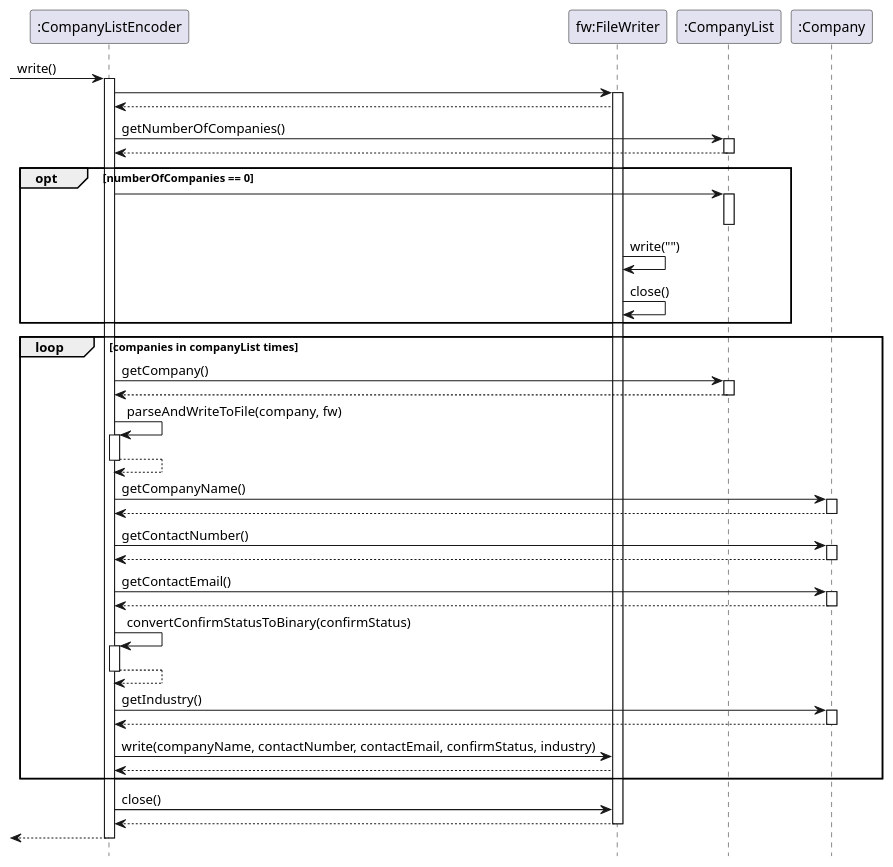
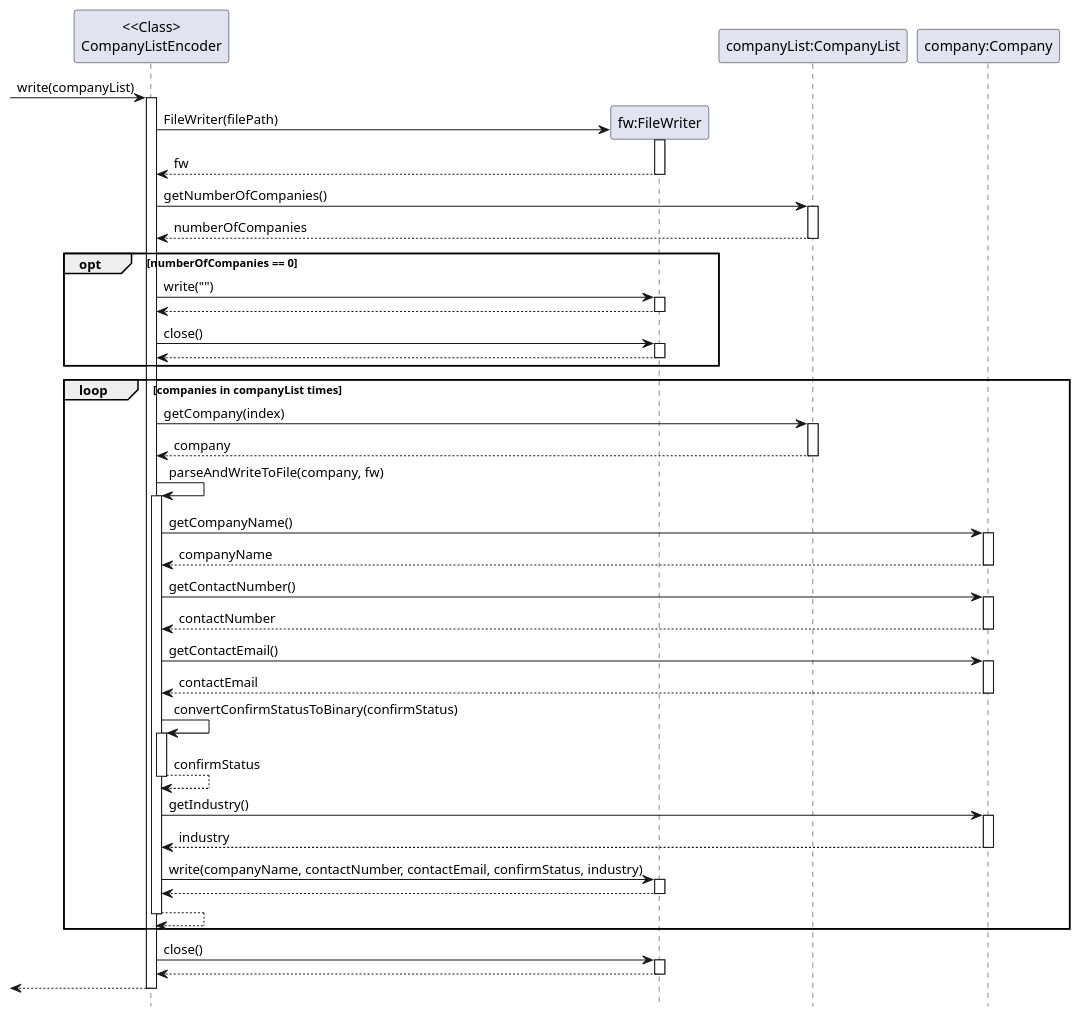
The diagram in docs/UML/Encoder.puml (nus-cs2113-AY2223S2/tp), drawn with PlantUML before and after one commit.

Commit message:
Update Sequence diagram for Encoder

```diff
--- a/docs/UML/Encoder.puml
+++ b/docs/UML/Encoder.puml
@@ -1,69 +1,76 @@
 @startuml
-'https://plantuml.com/sequence-diagram
-
 
 hide footbox
- -> ":CompanyListEncoder": write()
-    activate ":CompanyListEncoder"
-        ":CompanyListEncoder" -> "fw:FileWriter":
+ -> "<<Class>\nCompanyListEncoder": write(companyList)
+    activate "<<Class>\nCompanyListEncoder"
+        "<<Class>\nCompanyListEncoder" -> "fw:FileWriter" ** : FileWriter(filePath)
         activate "fw:FileWriter"
-            "fw:FileWriter" --> ":CompanyListEncoder"
+            "fw:FileWriter" --> "<<Class>\nCompanyListEncoder" : fw
+            deactivate "fw:FileWriter"
 
-            ":CompanyListEncoder" -> ":CompanyList": getNumberOfCompanies()
-            activate ":CompanyList"
-            ":CompanyList" --> ":CompanyListEncoder"
-            deactivate ":CompanyList"
+            "<<Class>\nCompanyListEncoder" -> "companyList:CompanyList": getNumberOfCompanies()
+            activate "companyList:CompanyList"
+            "companyList:CompanyList" --> "<<Class>\nCompanyListEncoder" : numberOfCompanies
+            deactivate "companyList:CompanyList"
             opt numberOfCompanies == 0
-                ":CompanyList" <- ":CompanyListEncoder":
-                activate ":CompanyList"
-                deactivate ":CompanyList"
-                "fw:FileWriter" -> "fw:FileWriter": write("")
-                "fw:FileWriter" -> "fw:FileWriter": close()
+                "<<Class>\nCompanyListEncoder" -> "fw:FileWriter" : write("")
+                activate "fw:FileWriter"
+                "fw:FileWriter" --> "<<Class>\nCompanyListEncoder"
+                deactivate "fw:FileWriter"
+
+                "<<Class>\nCompanyListEncoder" -> "fw:FileWriter" : close()
+                activate "fw:FileWriter"
+                "fw:FileWriter" --> "<<Class>\nCompanyListEncoder"
+                deactivate "fw:FileWriter"
+
             end
             loop companies in companyList times
-                ":CompanyListEncoder" -> ":CompanyList": getCompany()
-                activate ":CompanyList"
-                ":CompanyListEncoder" <-- ":CompanyList":
-                deactivate ":CompanyList"
+                "<<Class>\nCompanyListEncoder" -> "companyList:CompanyList": getCompany(index)
+                activate "companyList:CompanyList"
+                "<<Class>\nCompanyListEncoder" <-- "companyList:CompanyList": company
+                deactivate "companyList:CompanyList"
 
-                ":CompanyListEncoder" -> ":CompanyListEncoder": parseAndWriteToFile(company, fw)
-                activate ":CompanyListEncoder"
-                ":CompanyListEncoder" --> ":CompanyListEncoder"
-                deactivate ":CompanyListEncoder"
+                "<<Class>\nCompanyListEncoder" -> "<<Class>\nCompanyListEncoder": parseAndWriteToFile(company, fw)
+                activate "<<Class>\nCompanyListEncoder"
 
-                ":CompanyListEncoder" -> ":Company": getCompanyName()
-                activate ":Company"
-                ":CompanyListEncoder" <-- ":Company":
-                deactivate ":Company"
+                "<<Class>\nCompanyListEncoder" -> "company:Company": getCompanyName()
+                activate "company:Company"
+                "<<Class>\nCompanyListEncoder" <-- "company:Company": companyName
+                deactivate "company:Company"
 
-                ":CompanyListEncoder" -> ":Company": getContactNumber()
-                activate ":Company"
-                ":CompanyListEncoder" <-- ":Company":
-                deactivate ":Company"
+                "<<Class>\nCompanyListEncoder" -> "company:Company": getContactNumber()
+                activate "company:Company"
+                "<<Class>\nCompanyListEncoder" <-- "company:Company": contactNumber
+                deactivate "company:Company"
 
-                ":CompanyListEncoder" -> ":Company": getContactEmail()
-                activate ":Company"
-                ":CompanyListEncoder" <-- ":Company":
-                deactivate ":Company"
+                "<<Class>\nCompanyListEncoder" -> "company:Company": getContactEmail()
+                activate "company:Company"
+                "<<Class>\nCompanyListEncoder" <-- "company:Company": contactEmail
+                deactivate "company:Company"
 
-                ":CompanyListEncoder" -> ":CompanyListEncoder": convertConfirmStatusToBinary(confirmStatus)
-                activate ":CompanyListEncoder"
-                ":CompanyListEncoder" --> ":CompanyListEncoder":
-                deactivate ":CompanyListEncoder"
+                "<<Class>\nCompanyListEncoder" -> "<<Class>\nCompanyListEncoder": convertConfirmStatusToBinary(confirmStatus)
+                activate "<<Class>\nCompanyListEncoder"
+                "<<Class>\nCompanyListEncoder" --> "<<Class>\nCompanyListEncoder": confirmStatus
+                deactivate "<<Class>\nCompanyListEncoder"
 
-                ":CompanyListEncoder" -> ":Company": getIndustry()
-                activate ":Company"
-                ":CompanyListEncoder" <-- ":Company":
-                deactivate ":Company"
+                "<<Class>\nCompanyListEncoder" -> "company:Company": getIndustry()
+                activate "company:Company"
+                "<<Class>\nCompanyListEncoder" <-- "company:Company": industry
+                deactivate "company:Company"
 
-                ":CompanyListEncoder" -> "fw:FileWriter": write(companyName, contactNumber, contactEmail, confirmStatus, industry)
-                "fw:FileWriter" --> ":CompanyListEncoder"
+                "<<Class>\nCompanyListEncoder" -> "fw:FileWriter": write(companyName, contactNumber, contactEmail, confirmStatus, industry)
+                activate "fw:FileWriter"
+                "fw:FileWriter" --> "<<Class>\nCompanyListEncoder"
+                deactivate "fw:FileWriter"
+'
+                "<<Class>\nCompanyListEncoder" --> "<<Class>\nCompanyListEncoder"
+                deactivate "<<Class>\nCompanyListEncoder"
             end
-            ":CompanyListEncoder" -> "fw:FileWriter": close()
-            ":CompanyListEncoder" <-- "fw:FileWriter"
+            "<<Class>\nCompanyListEncoder" -> "fw:FileWriter": close()
+            activate "fw:FileWriter"
+            "<<Class>\nCompanyListEncoder" <-- "fw:FileWriter"
             deactivate "fw:FileWriter"
-            <-- ":CompanyListEncoder"
-            deactivate ":CompanyListEncoder"
-
+            <-- "<<Class>\nCompanyListEncoder"
+            deactivate "<<Class>\nCompanyListEncoder"
 
 @enduml
```
